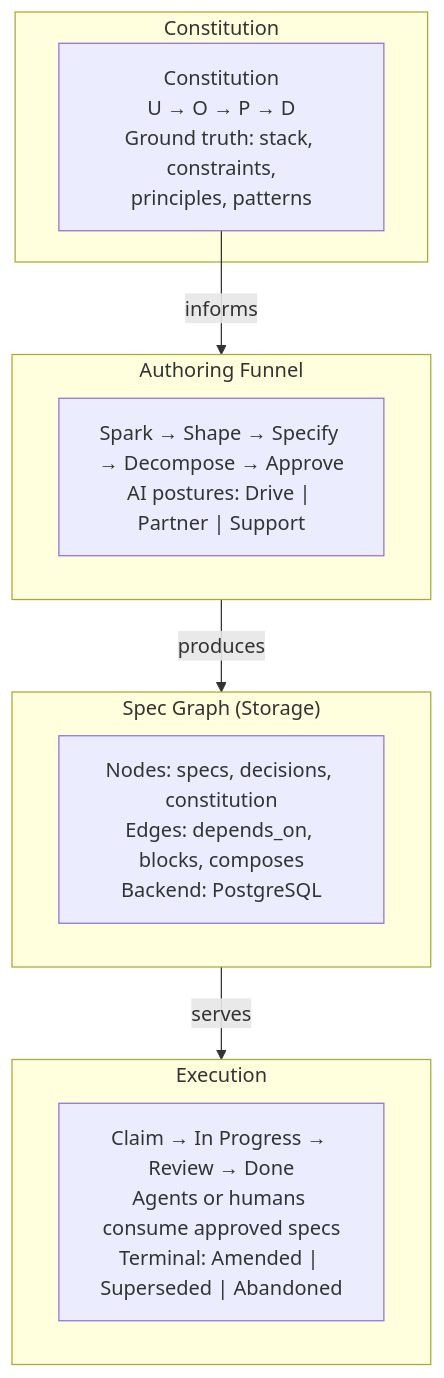
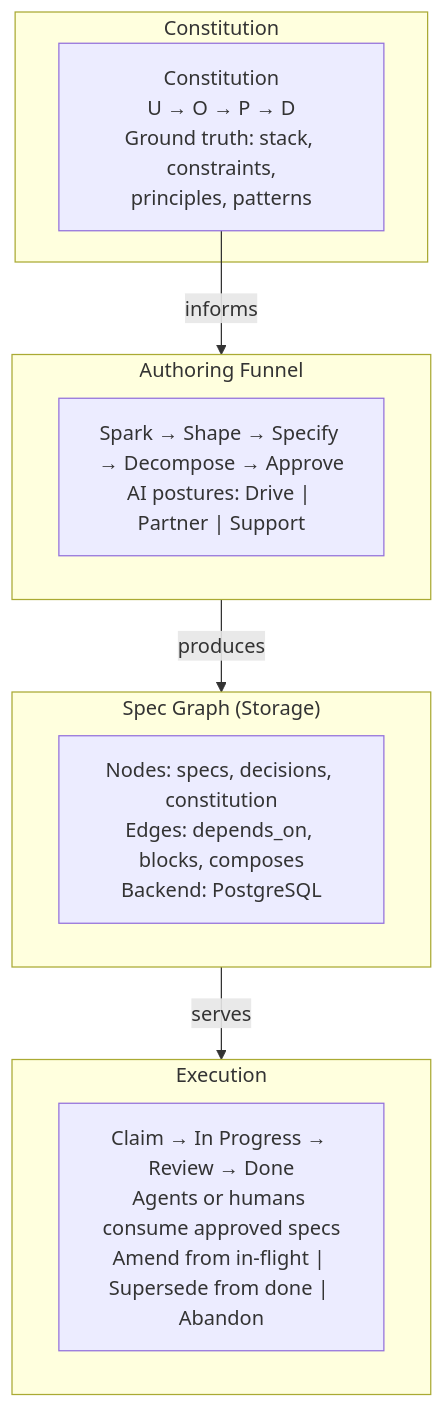
One commit to specgraph/specgraph changed the diagram in site/docs/how-it-works.md. Above: the diagram before and after it, drawn with Mermaid. The commit also changed 39 other files, not shown here.

First line of the commit message:
feat: lifecycle nomenclature inversion — amend from in-flight, supersede from done (#889)

````diff
--- a/site/docs/how-it-works.md
+++ b/site/docs/how-it-works.md
@@ -107,22 +107,22 @@
 ```mermaid
 graph TD
     subgraph Constitution
         C["Constitution<br/>U → O → P → D<br/>Ground truth: stack, constraints,<br/>principles, patterns"]
     end
 
     subgraph Funnel["Authoring Funnel"]
         F["Spark → Shape → Specify → Decompose → Approve<br/>AI postures: Drive | Partner | Support"]
     end
 
     subgraph Storage["Spec Graph (Storage)"]
         S["Nodes: specs, decisions, constitution<br/>Edges: depends_on, blocks, composes<br/>Backend: PostgreSQL"]
     end
 
     subgraph Execution
-        E["Claim → In Progress → Review → Done<br/>Agents or humans consume approved specs<br/>Terminal: Amended | Superseded | Abandoned"]
+        E["Claim → In Progress → Review → Done<br/>Agents or humans consume approved specs<br/>Amend from in-flight | Supersede from done | Abandon"]
     end
 
     C -->|informs| Funnel
     Funnel -->|produces| Storage
     Storage -->|serves| Execution
 ```
````
